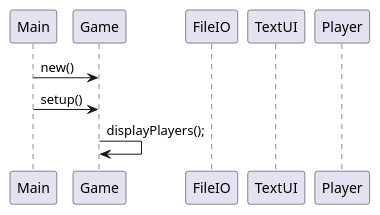
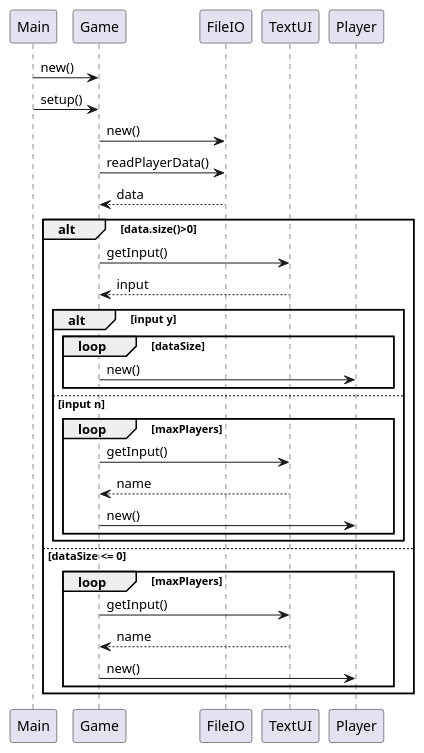
The diagram in Doc/sequence_uc1_v0.puml (afstengaard/Files), drawn with PlantUML before and after one commit. The commit also changed 7 other files, not shown here.

```diff
--- a/Doc/sequence_uc1_v0.puml
+++ b/Doc/sequence_uc1_v0.puml
@@ -1,19 +1,43 @@
 @startuml
 'https://plantuml.com/sequence-diagram
 Participant Main
 Participant Game
 Participant FileIO
 Participant TextUI
 Participant Player
 
 
 Main -> Game: new()
 Main -> Game: setup()
+Game -> FileIO: new()
+Game -> FileIO: readPlayerData()
+FileIO --> Game: data
+alt data.size()>0
+    Game -> TextUI: getInput()
+    TextUI --> Game: input
+    alt input y
+        loop dataSize
+            Game -> Player: new()
+        end
+    else input n
+        loop maxPlayers
+            Game -> TextUI: getInput()
+            TextUI --> Game: name
+            Game -> Player: new()
+        end
+    end
+else dataSize <= 0
+    loop maxPlayers
+        Game -> TextUI: getInput()
+        TextUI --> Game: name
+        Game -> Player: new()
+    end
+end
 
 '... følg metodekaldene i Game.setup og tegn dem ind som vandrette streger
 ' returnering af værdier fra en metode *kan* vises med en stiplet pil: <--
 ' brug alt-else-end til at vise betingelser
 ' brug loop til at vise gentagelser
 
-Game -> Game : displayPlayers();
+
 @enduml
```
